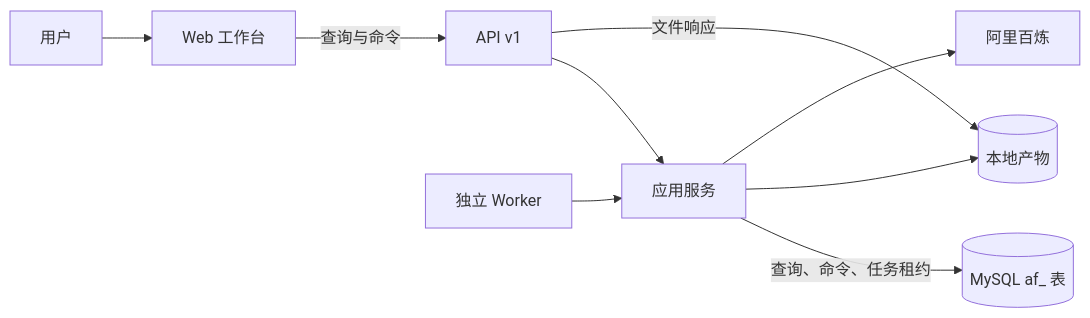
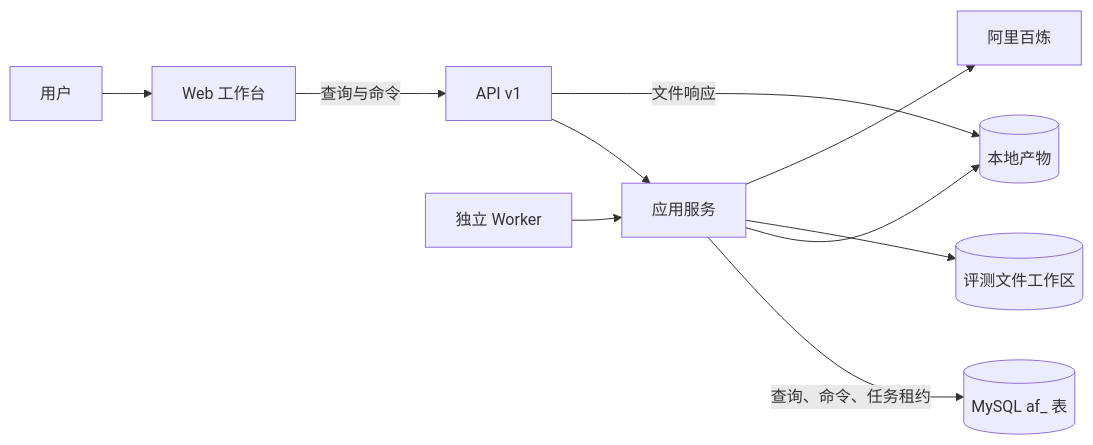
Before and after one commit to swfswf1234/Axiom-Flow: the first of 2 diagrams in docs/architecture/runtime-architecture.md, drawn with Mermaid. The commit also changed other lines of this file and 185 other files, not shown here.

````diff
--- a/docs/architecture/runtime-architecture.md
+++ b/docs/architecture/runtime-architecture.md
@@ -18,20 +18,22 @@
 ```mermaid
 flowchart LR
     U[用户]
     WEB[Web 工作台]
     API[API v1]
     WORKER[独立 Worker]
     APP[应用服务]
     MYSQL[(MySQL af_ 表)]
     FILES[(本地产物)]
+    EVAL[(评测文件工作区)]
     BAILIAN[阿里百炼]
 
     U --> WEB
     WEB -->|查询与命令| API
     API --> APP
     WORKER --> APP
     APP -->|查询、命令、任务租约| MYSQL
     APP --> FILES
+    APP --> EVAL
     APP --> BAILIAN
     API -->|文件响应| FILES
 ```
````
